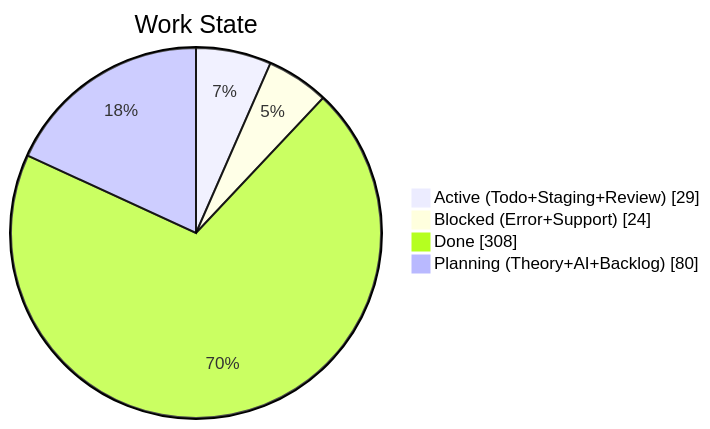
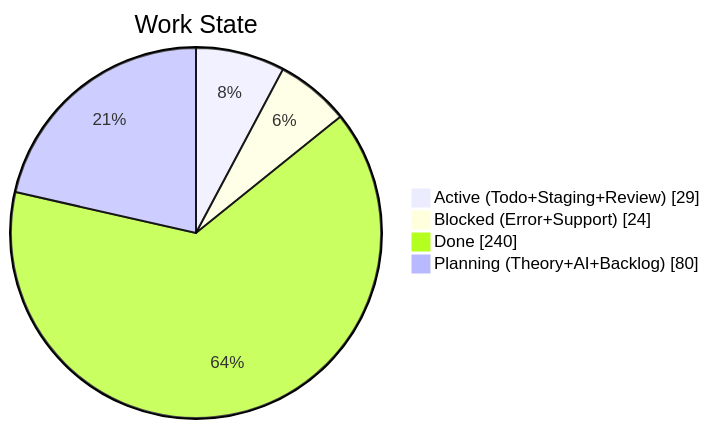
One commit to KBVE/kbve changed the second of 4 diagrams in apps/kbve/astro-kbve/src/content/docs/dashboard/kanban-data.mdx. Above: the diagram before and after it, drawn with Mermaid. The commit also changed other lines of this file and 7 other files, not shown here.

````diff
--- a/apps/kbve/astro-kbve/src/content/docs/dashboard/kanban-data.mdx
+++ b/apps/kbve/astro-kbve/src/content/docs/dashboard/kanban-data.mdx
@@ -68,8 +68,8 @@
 ```mermaid
 pie showData
     title Work State
     "Active (Todo+Staging+Review)" : 29
     "Blocked (Error+Support)" : 24
-    "Done" : 308
+    "Done" : 240
     "Planning (Theory+AI+Backlog)" : 80
 ```
````
